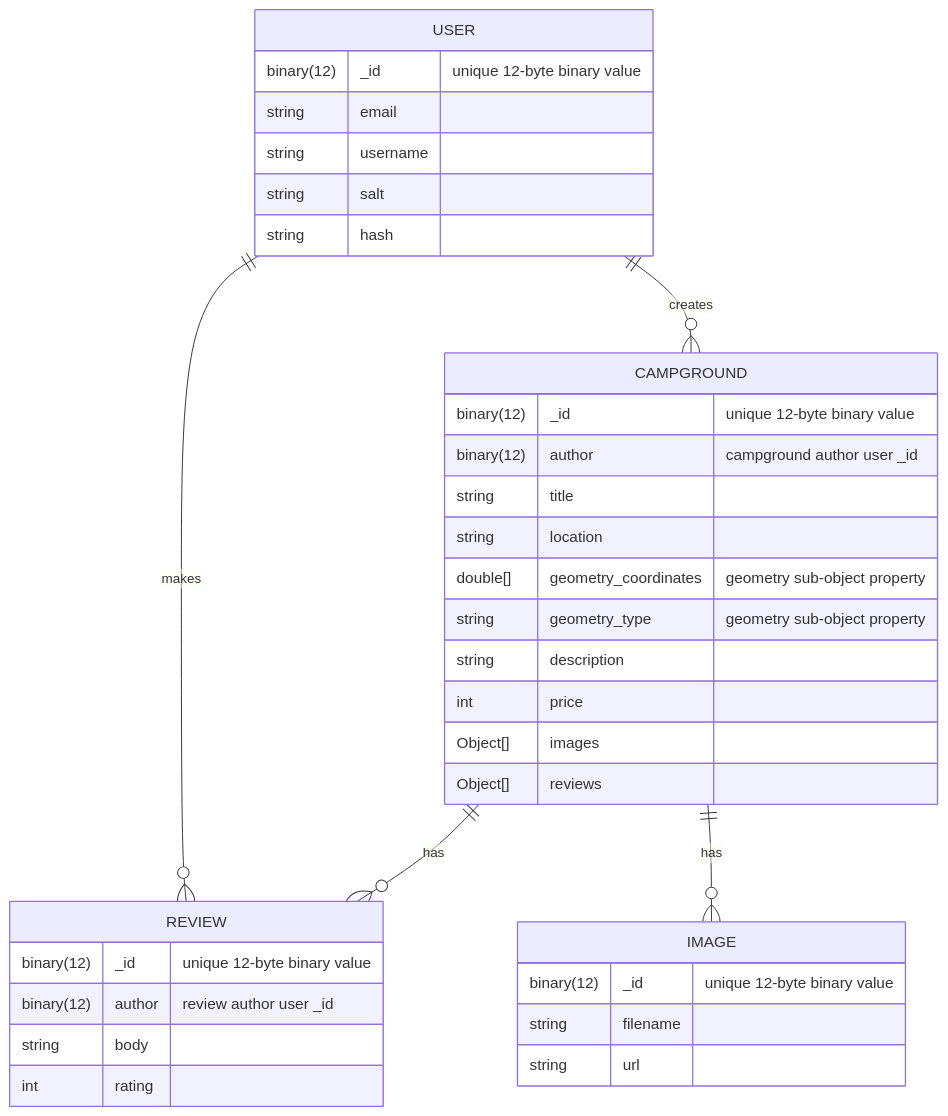
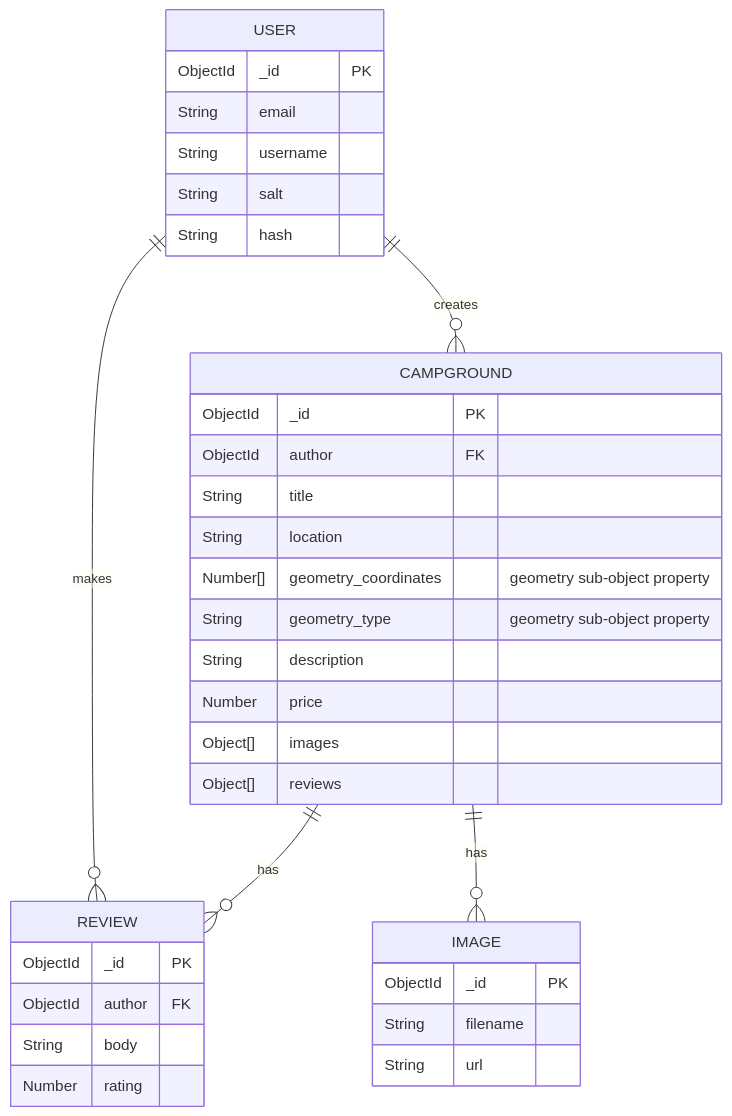
One commit to TetianaTalebi/YelpCamp-project changed the diagram in README.md. Above: the diagram before and after it, drawn with Mermaid.

Commit message:
docs: Add minor changes into mermaid ERD in README file

````diff
--- a/README.md
+++ b/README.md
@@ -115,44 +115,44 @@
 ```mermaid
 
     erDiagram
 
     USER ||--o{ CAMPGROUND : creates
     USER ||--o{ REVIEW : makes
     CAMPGROUND ||--o{ REVIEW : has
     CAMPGROUND ||--o{ IMAGE : has
 
     USER {
-        binary(12) _id "unique 12-byte binary value"
-        string email
-        string username
-        string salt
-        string hash
+        ObjectId _id PK
+        String email
+        String username
+        String salt
+        String hash
     }
 
     CAMPGROUND {
-        binary(12) _id "unique 12-byte binary value"
-        binary(12) author "campground author user _id"
-        string title
-        string location
-        double[] geometry_coordinates "geometry sub-object property"
-        string geometry_type "geometry sub-object property"
-        string description
-        int price
+        ObjectId _id PK
+        ObjectId author FK
+        String title
+        String location
+        Number[] geometry_coordinates "geometry sub-object property"
+        String geometry_type "geometry sub-object property"
+        String description
+        Number price
         Object[] images
         Object[] reviews
     }
 
     IMAGE {
-        binary(12) _id "unique 12-byte binary value"
-        string filename
-        string url
+        ObjectId _id PK
+        String filename
+        String url
     }
 
     REVIEW {
-        binary(12) _id "unique 12-byte binary value"
-        binary(12) author "review author user _id"
-        string body
-        int rating
+        ObjectId _id PK
+        ObjectId author FK
+        String body
+        Number rating
     }
 
 ```
````
